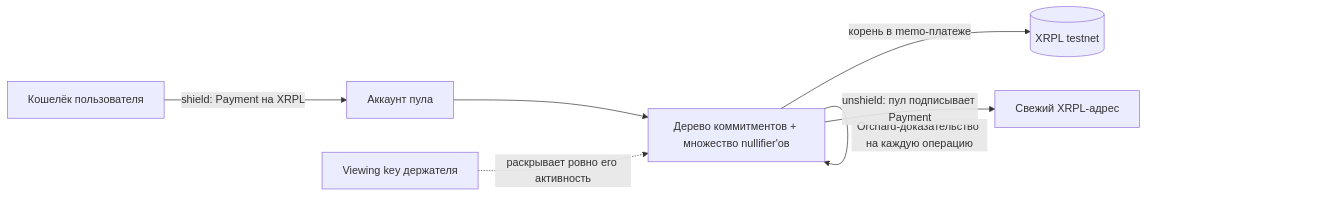
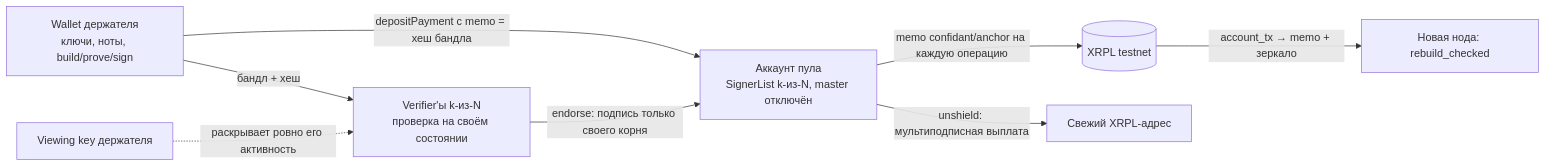
Before and after one commit to kupermind/confidant: the diagram in SPEC.ru.md, drawn with Mermaid. The commit also changed other lines of this file and 7 other files, not shown here.

````diff
--- a/SPEC.ru.md
+++ b/SPEC.ru.md
@@ -58,9 +63,10 @@
 ```mermaid
 flowchart LR
-  U[Кошелёк пользователя] -->|shield: Payment на XRPL| P[Аккаунт пула]
-  P --> T[Дерево коммитментов + множество nullifier'ов]
-  T -->|Orchard-доказательство на каждую операцию| T
-  T -->|корень в memo-платеже| X[(XRPL testnet)]
-  T -->|unshield: пул подписывает Payment| R[Свежий XRPL-адрес]
-  A[Viewing key держателя] -.->|раскрывает ровно его активность| T
+  W[Wallet держателя<br/>ключи, ноты, build/prove/sign] -->|бандл + хеш| V[Verifier'ы k-из-N<br/>проверка на своём состоянии]
+  W -->|depositPayment с memo = хеш бандла| P[Аккаунт пула<br/>SignerList k-из-N, master отключён]
+  V -->|endorse: подпись только своего корня| P
+  P -->|memo confidant/anchor на каждую операцию| X[(XRPL testnet)]
+  P -->|unshield: мультиподписная выплата| R[Свежий XRPL-адрес]
+  X -->|account_tx → memo + зеркало| N[Новая нода: rebuild_checked]
+  A[Viewing key держателя] -.->|раскрывает ровно его активность| V
 ```
````
